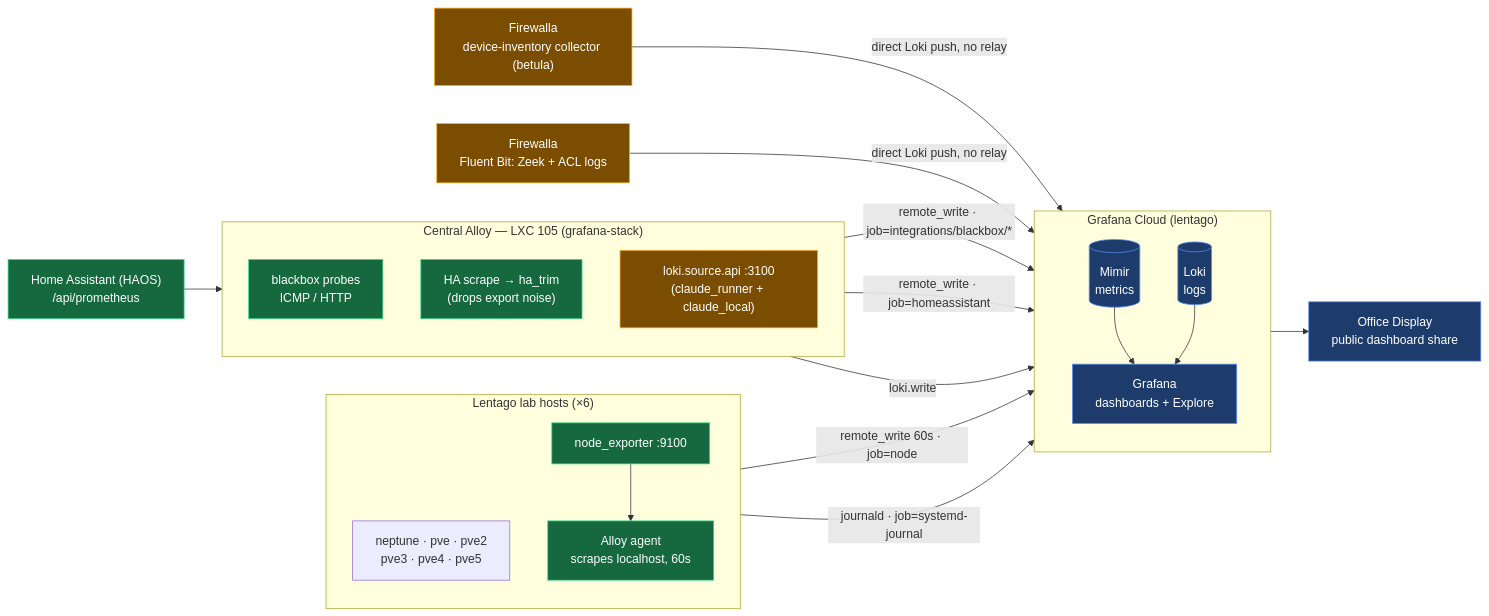
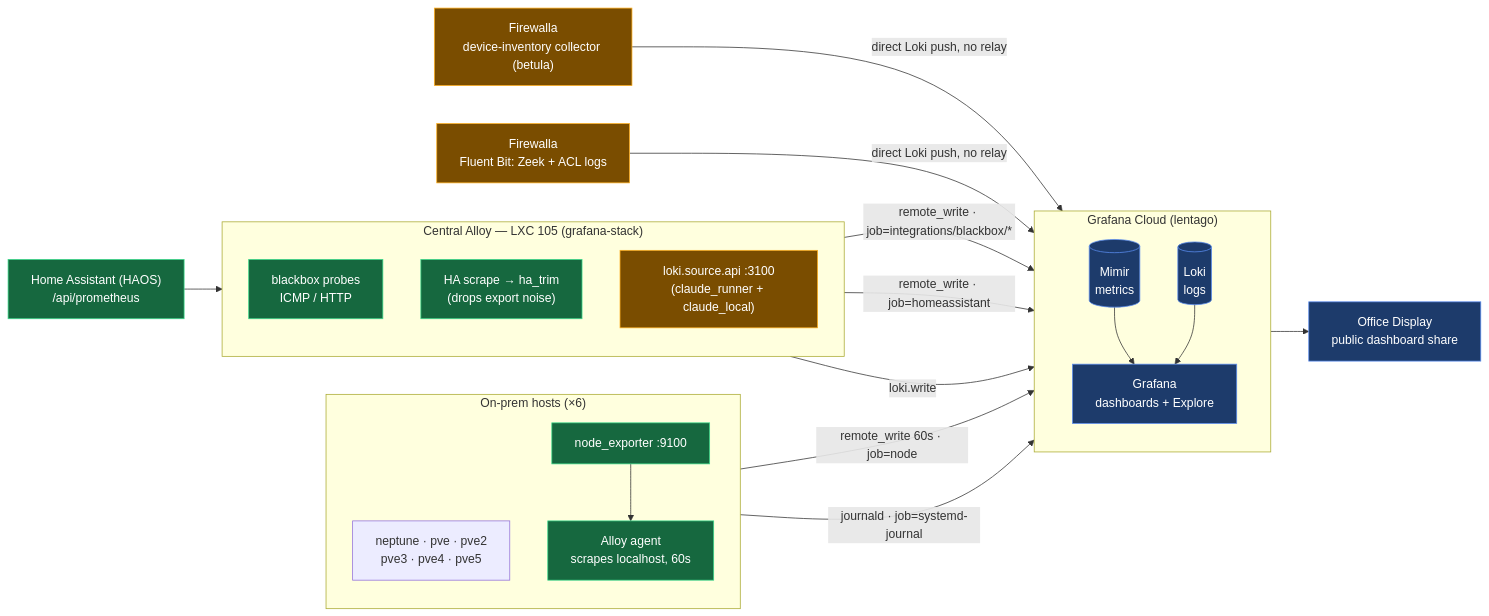
One commit to lentago/drosera changed the first of 2 diagrams in docs/metrics-flow.md. Above: the diagram before and after it, drawn with Mermaid. The commit also changed other lines of this file and 25 other files, not shown here.

First line of the commit message:
Retire "homelab"/"lab" wording for on-prem (#283)

````diff
--- a/docs/metrics-flow.md
+++ b/docs/metrics-flow.md
@@ -8,49 +9,49 @@
 ```mermaid
 flowchart LR
-  subgraph hosts["Lentago lab hosts (×6)"]
+  subgraph hosts["On-prem hosts (×6)"]
     direction TB
     names["neptune · pve · pve2<br/>pve3 · pve4 · pve5"]
     ne["node_exporter :9100"]
     agent["Alloy agent<br/>scrapes localhost, 60s"]
     ne --> agent
   end
 
   haos["Home Assistant (HAOS)<br/>/api/prometheus"]
   fw["Firewalla<br/>Fluent Bit: Zeek + ACL logs"]
   fwdev["Firewalla<br/>device-inventory collector (betula)"]
 
   subgraph central["Central Alloy — LXC 105 (grafana-stack)"]
     direction TB
     bb["blackbox probes<br/>ICMP / HTTP"]
     hascrape["HA scrape → ha_trim<br/>(drops export noise)"]
     lokirecv["loki.source.api :3100<br/>(claude_runner + claude_local)"]
   end
 
   subgraph cloud["Grafana Cloud (lentago)"]
     direction TB
     mimir[("Mimir<br/>metrics")]
     lokidb[("Loki<br/>logs")]
     grafana["Grafana<br/>dashboards + Explore"]
     mimir --> grafana
     lokidb --> grafana
   end
 
   display["Office Display<br/>public dashboard share"]
 
   agent -- "remote_write 60s · job=node" --> mimir
   agent -- "journald · job=systemd-journal" --> lokidb
   haos --> hascrape
   bb -- "remote_write · job=integrations/blackbox/*" --> mimir
   hascrape -- "remote_write · job=homeassistant" --> mimir
   fwdev -- "direct Loki push, no relay" --> lokidb
   fw -- "direct Loki push, no relay" --> lokidb
   lokirecv -- "loki.write" --> lokidb
   grafana --> display
 
   classDef metric fill:#16683f,stroke:#39d98a,color:#fff;
   classDef logs fill:#7a4d00,stroke:#ffb020,color:#fff;
   classDef sink fill:#1d3b6b,stroke:#5b8def,color:#fff;
   class ne,agent,bb,hascrape,haos metric;
   class fw,fwdev,lokirecv logs;
   class mimir,lokidb,grafana,display sink;
 ```
````
